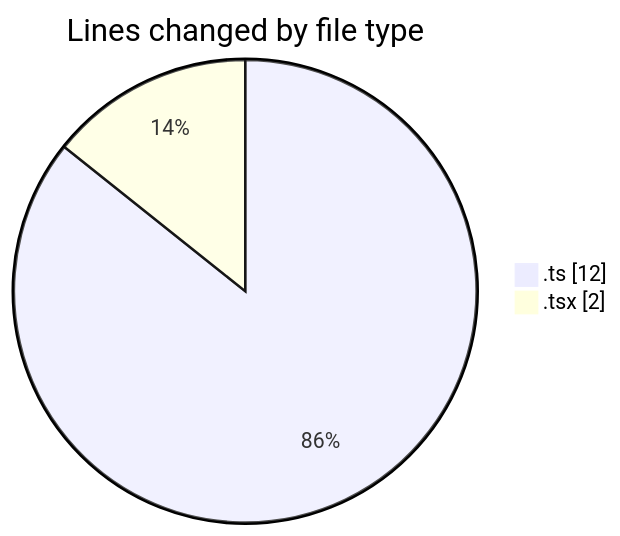
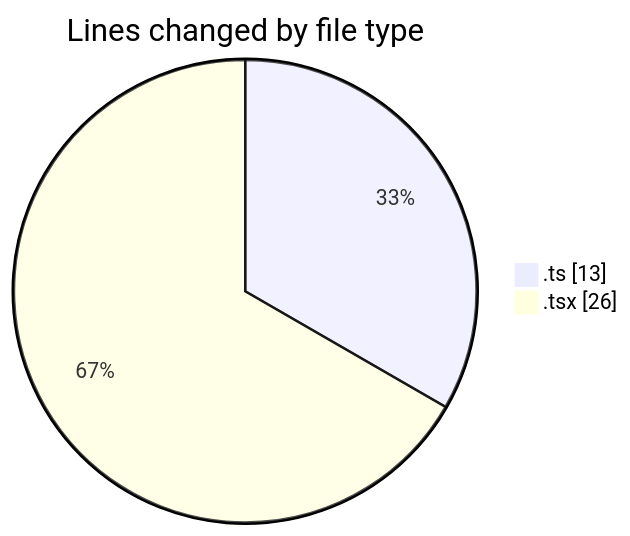
Before and after one commit to julien-gomy/code-tracking: the first of 2 diagrams in 2025-11-09/eventscop-frontend-guide__workspace_/README.md, drawn with Mermaid. The commit also changed other lines of this file and 1 other file, not shown here.

````diff
--- a/2025-11-09/eventscop-frontend-guide__workspace_/README.md
+++ b/2025-11-09/eventscop-frontend-guide__workspace_/README.md
@@ -22,6 +26,6 @@
 ```mermaid
 pie showData
 title Lines changed by file type
-".ts" : 12
-".tsx" : 2
+".ts" : 13
+".tsx" : 26
 ```
````
